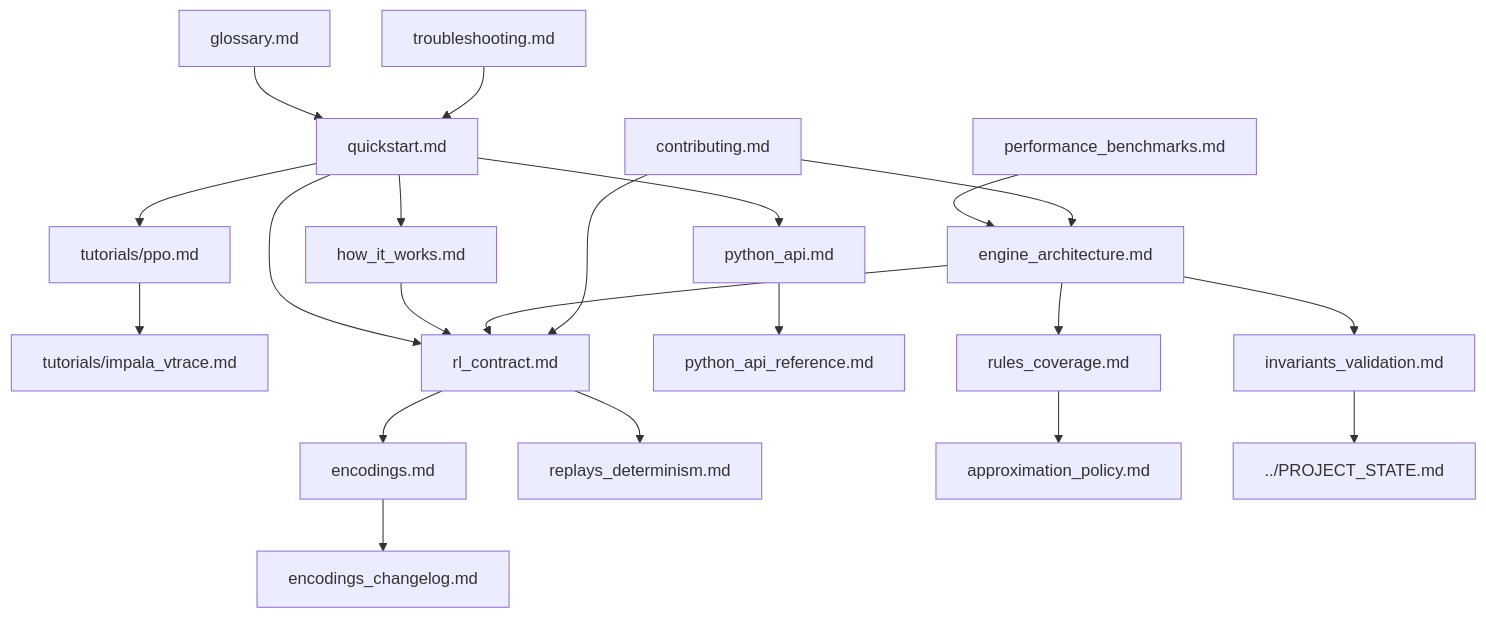
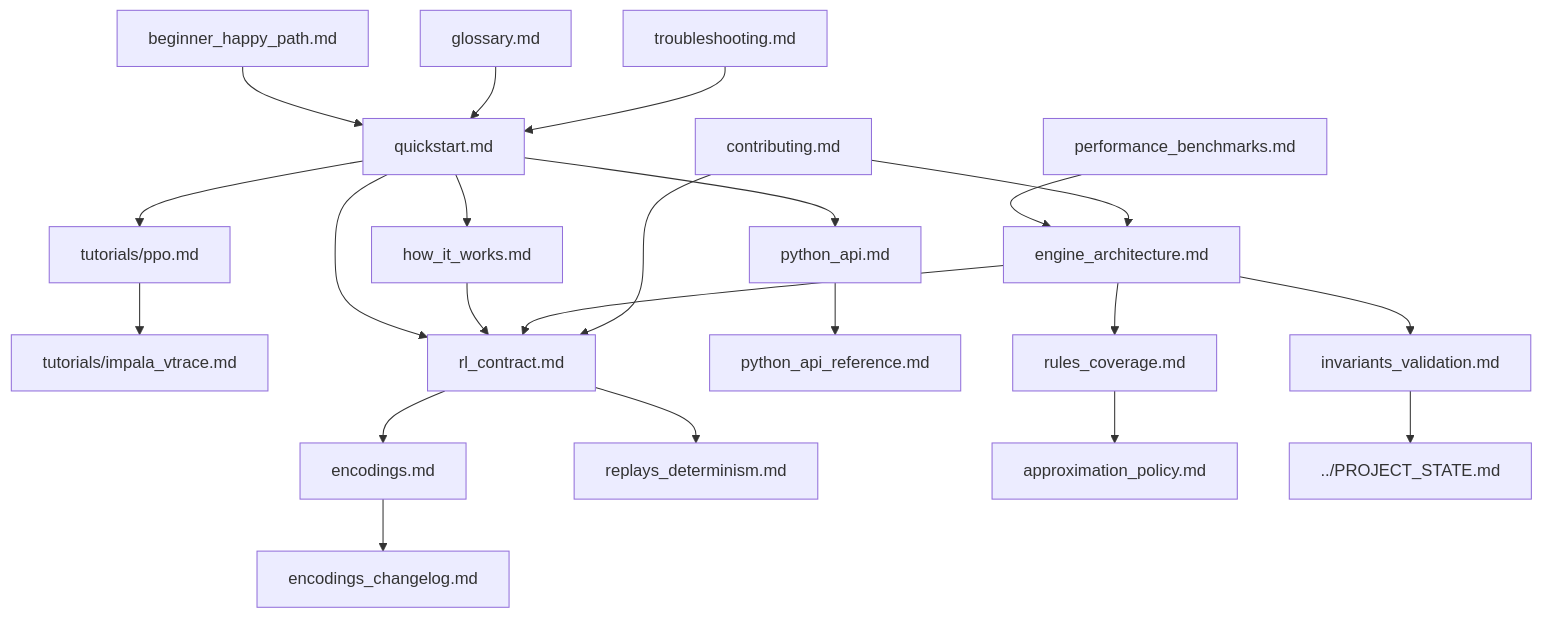
Before and after one commit to victorwp288/weiss-schwarz-simulator: the diagram in docs/README.md, drawn with Mermaid. The commit also changed other lines of this file and 10 other files, not shown here.

````diff
--- a/docs/README.md
+++ b/docs/README.md
@@ -61,24 +63,25 @@
 ```mermaid
 flowchart TD
+  BG["beginner_happy_path.md"] --> QS["quickstart.md"]
   QS["quickstart.md"] --> HIT["how_it_works.md"]
   QS --> PPO["tutorials/ppo.md"]
   PPO --> IMP["tutorials/impala_vtrace.md"]
   QS --> RL["rl_contract.md"]
   RL --> ENC["encodings.md"]
   ENC --> CHG["encodings_changelog.md"]
   RL --> REP["replays_determinism.md"]
   QS --> PY["python_api.md"]
   PY --> PYREF["python_api_reference.md"]
   HIT --> RL
   GLO["glossary.md"] --> QS
 
   ENG["engine_architecture.md"] --> RL
   ENG --> COV["rules_coverage.md"]
   COV --> APR["approximation_policy.md"]
   ENG --> INV["invariants_validation.md"]
   INV --> PS["../PROJECT_STATE.md"]
   PERF["performance_benchmarks.md"] --> ENG
   TRO["troubleshooting.md"] --> QS
   CON["contributing.md"] --> ENG
   CON --> RL
 ```
````
